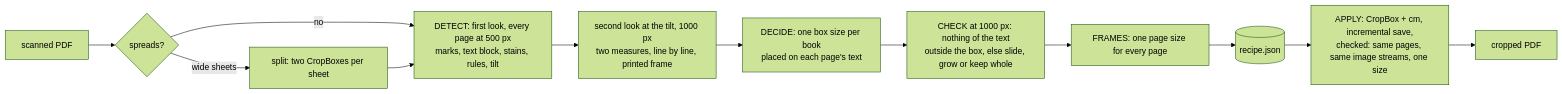
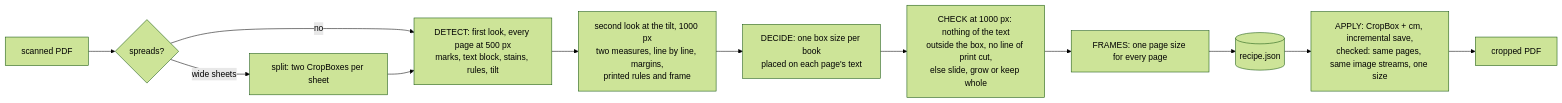
The diagram in docs/design.md (kmbenjel/safha), drawn with Mermaid (forest theme) before and after one commit. The commit also changed other lines of this file and 6 other files, not shown here.

````diff
--- a/docs/design.md
+++ b/docs/design.md
@@ -18,14 +23,14 @@
 ```mermaid
 flowchart LR
     A[scanned PDF] --> S{spreads?}
     S -- wide sheets --> SP[split: two CropBoxes per sheet]
     S -- no --> M
     SP --> M[DETECT: first look, every page at 500 px<br/>marks, text block, stains, rules, tilt]
-    M --> L[second look at the tilt, 1000 px<br/>two measures, line by line, printed frame]
+    M --> L[second look at the tilt, 1000 px<br/>two measures, line by line, margins,<br/>printed rules and frame]
     L --> D[DECIDE: one box size per book<br/>placed on each page's text]
-    D --> C[CHECK at 1000 px: nothing of the text<br/>outside the box, else slide, grow or keep whole]
+    D --> C[CHECK at 1000 px: nothing of the text<br/>outside the box, no line of print cut,<br/>else slide, grow or keep whole]
     C --> F[FRAMES: one page size for every page]
     F --> R[(recipe.json)]
     R --> P[APPLY: CropBox + cm, incremental save,<br/>checked: same pages, same image streams, one size]
     P --> O[cropped PDF]
 ```
````
